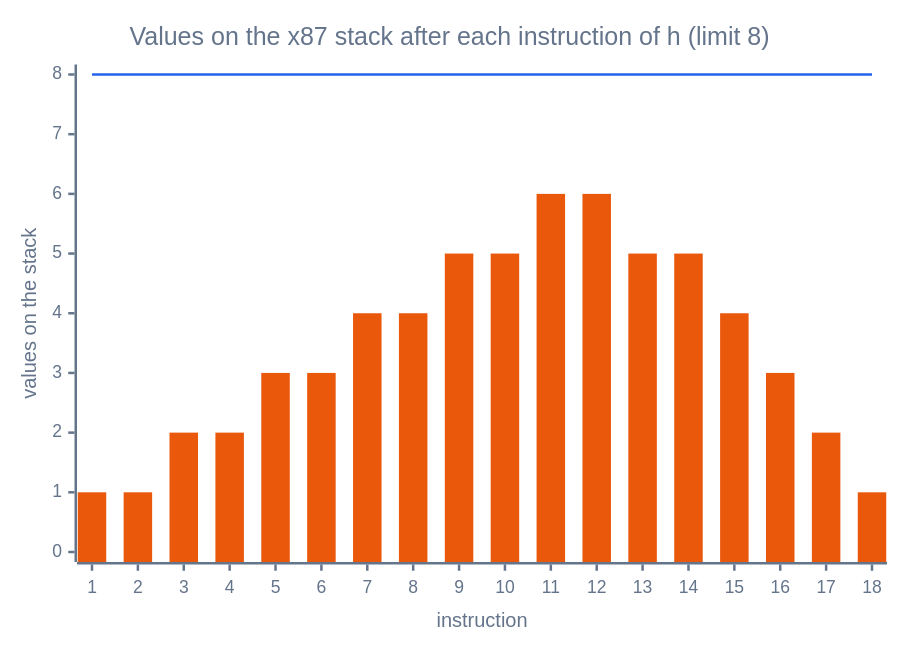
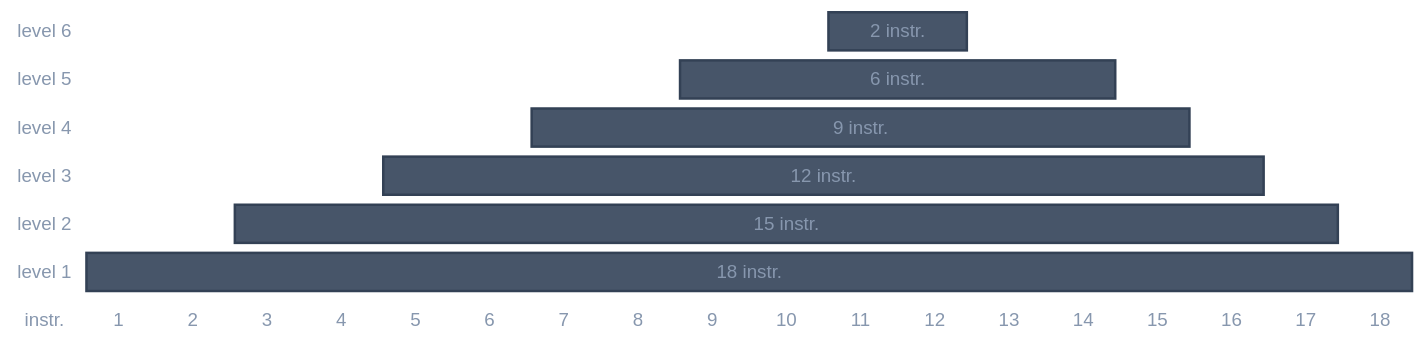
Before and after one commit to ali-mosavian/llrm: the third of 3 diagrams in docs/machine/register-allocation/x87.md, drawn with Mermaid. The commit also changed other lines of this file and 15 other files, not shown here.

````diff
--- a/docs/machine/register-allocation/x87.md
+++ b/docs/machine/register-allocation/x87.md
@@ -205,9 +205,16 @@
 ```mermaid
-%%{init: {'theme':'base','themeVariables':{'fontFamily':'Segoe UI, Helvetica Neue, Arial, DejaVu Sans, sans-serif','fontSize':'15px','xyChart':{'backgroundColor':'transparent','titleColor':'#64748b','xAxisLabelColor':'#64748b','xAxisTitleColor':'#64748b','xAxisTickColor':'#64748b','xAxisLineColor':'#64748b','yAxisLabelColor':'#64748b','yAxisTitleColor':'#64748b','yAxisTickColor':'#64748b','yAxisLineColor':'#64748b','plotColorPalette':'#ea580c, #2563eb'}}}}%%
-xychart-beta
-  title "Values on the x87 stack after each instruction of h (limit 8)"
-  x-axis "instruction" [1,2,3,4,5,6,7,8,9,10,11,12,13,14,15,16,17,18]
-  y-axis "values on the stack" 0 --> 8
-  bar [1,1,2,2,3,3,4,4,5,5,6,6,5,5,4,3,2,1]
-  line [8,8,8,8,8,8,8,8,8,8,8,8,8,8,8,8,8,8]
+%%{init: {'theme':'base','themeVariables':{'fontFamily':'Segoe UI, Helvetica Neue, Arial, DejaVu Sans, sans-serif','fontSize':'15px','primaryColor':'#475569','primaryTextColor':'#ffffff','primaryBorderColor':'#334155','lineColor':'#64748b','textColor':'#64748b'}}}%%
+block-beta
+  columns 19
+  l6["level 6"] space:10 c6["2 instr."]:2 space:6
+  l5["level 5"] space:8 c5["6 instr."]:6 space:4
+  l4["level 4"] space:6 c4["9 instr."]:9 space:3
+  l3["level 3"] space:4 c3["12 instr."]:12 space:2
+  l2["level 2"] space:2 c2["15 instr."]:15 space:1
+  l1["level 1"] c1["18 instr."]:18
+  nx["instr."] i1["1"] i2["2"] i3["3"] i4["4"] i5["5"] i6["6"] i7["7"] i8["8"] i9["9"] i10["10"] i11["11"] i12["12"] i13["13"] i14["14"] i15["15"] i16["16"] i17["17"] i18["18"]
+  classDef off fill:transparent,stroke:transparent,stroke-width:2px,color:#64748b
+  classDef cell fill:#475569,stroke:#334155,stroke-width:2px,color:#ffffff
+  class l1,l2,l3,l4,l5,l6,nx,i1,i2,i3,i4,i5,i6,i7,i8,i9,i10,i11,i12,i13,i14,i15,i16,i17,i18 off
+  class c1,c2,c3,c4,c5,c6 cell
 ```
````
